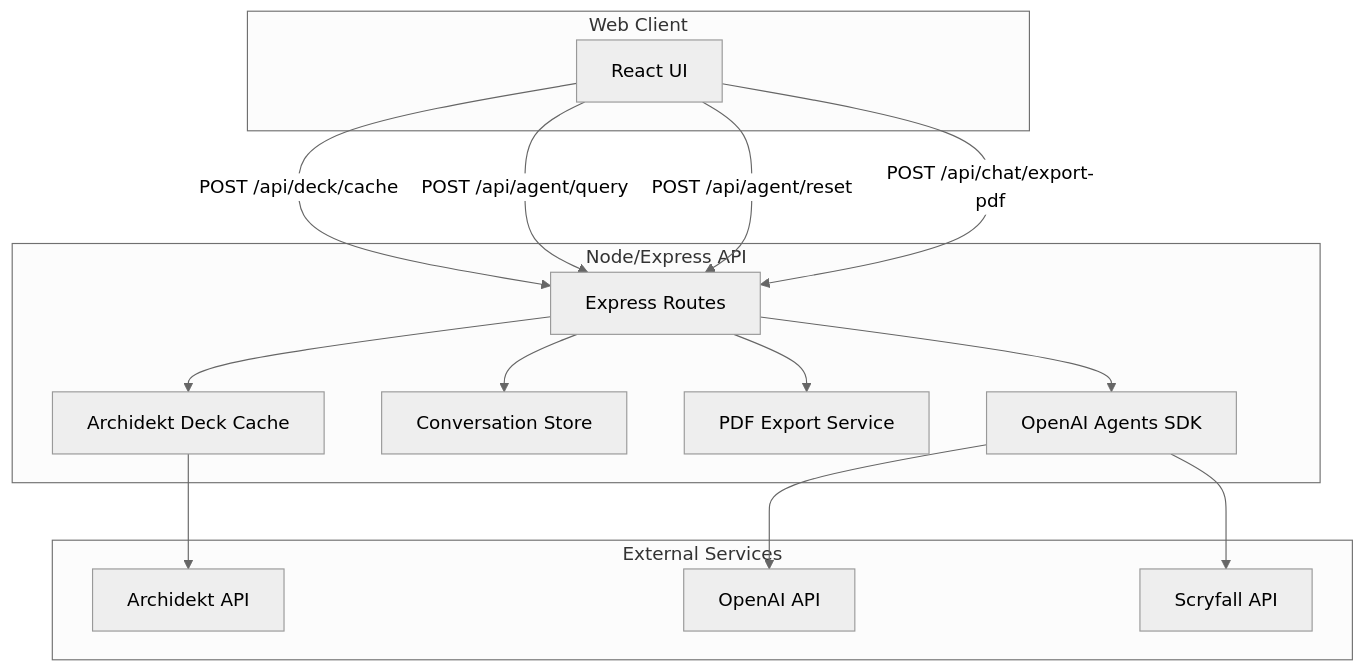
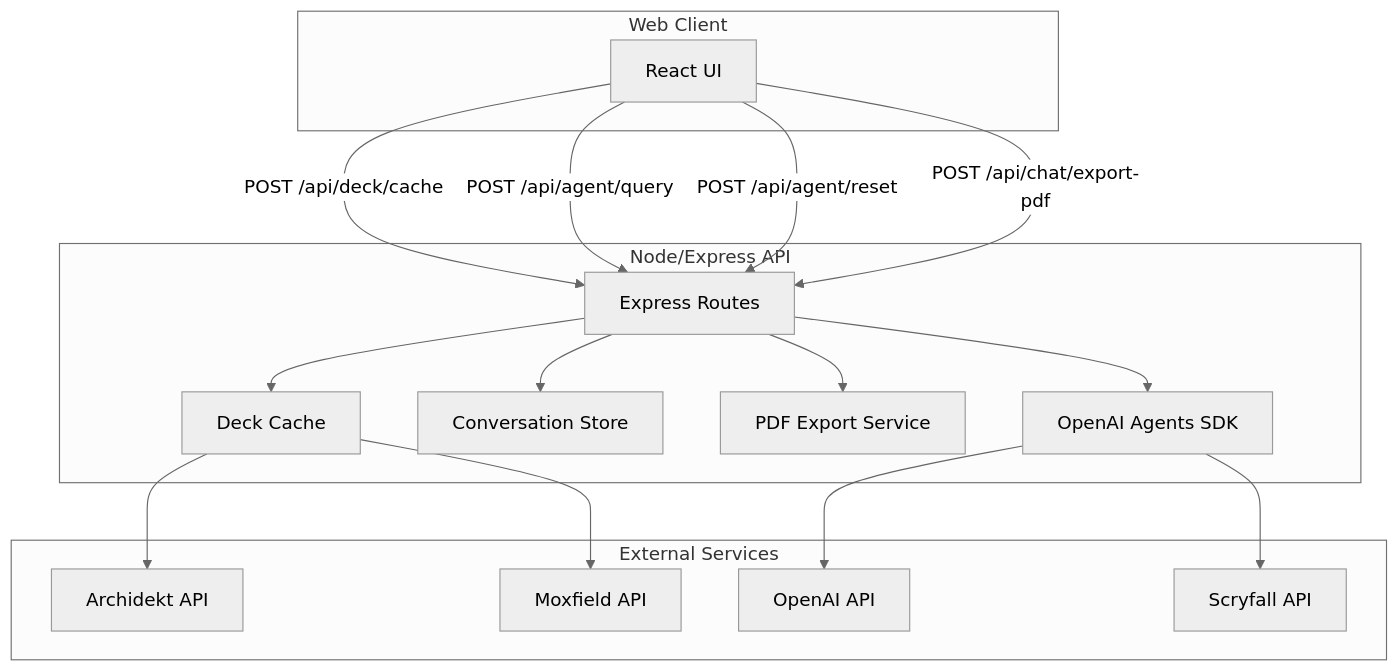
One commit to dougsaus/before-that-resolves changed the diagram in docs/architecture.md. Above: the diagram before and after it, drawn with Mermaid (neutral theme). The commit also changed other lines of this file and 29 other files, not shown here.

First line of the commit message:
Add Moxfield deck loading support (#57)

````diff
--- a/docs/architecture.md
+++ b/docs/architecture.md
@@ -7,34 +7,36 @@
 ```mermaid
 graph TD
   subgraph Client[Web Client]
     UI[React UI]
   end
 
   subgraph Server[Node/Express API]
     API[Express Routes]
-    DeckCache[Archidekt Deck Cache]
+    DeckCache[Deck Cache]
     ConvStore[Conversation Store]
     PDF[PDF Export Service]
     Agents[OpenAI Agents SDK]
   end
 
   subgraph External[External Services]
     OpenAI[OpenAI API]
     Archidekt[Archidekt API]
+    Moxfield[Moxfield API]
     Scryfall[Scryfall API]
   end
 
   UI -->|POST /api/deck/cache| API
   UI -->|POST /api/agent/query| API
   UI -->|POST /api/agent/reset| API
   UI -->|POST /api/chat/export-pdf| API
 
   API --> DeckCache
   API --> ConvStore
   API --> PDF
   API --> Agents
 
   Agents --> OpenAI
   DeckCache --> Archidekt
+  DeckCache --> Moxfield
   Agents --> Scryfall
 ```
````
